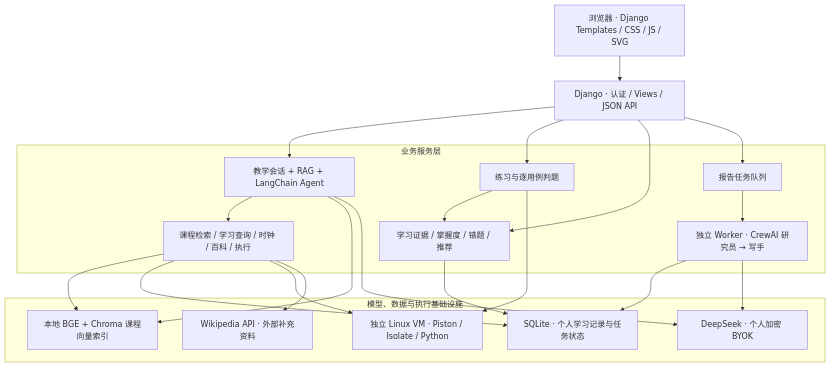
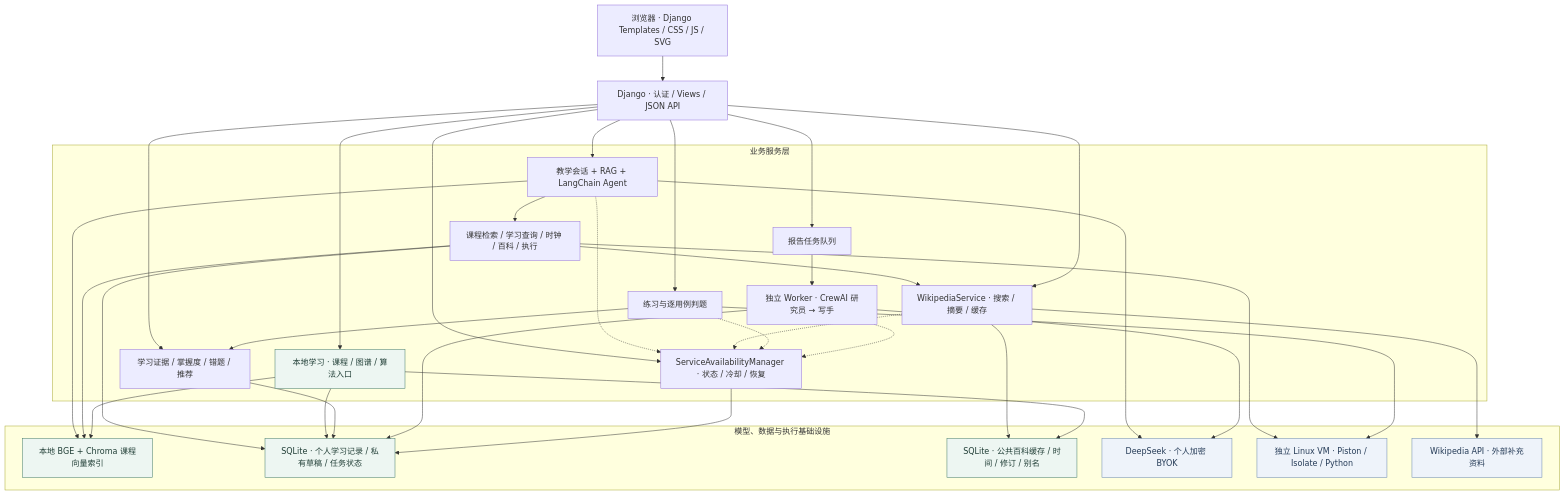
Before and after one commit to Oookla28/AlgoMentor: the diagram in README.md, drawn with Mermaid. The commit also changed other lines of this file, not shown here.

Commit message:
docs: align README with Wikipedia and offline learning release

````diff
--- a/README.md
+++ b/README.md
@@ -239,42 +251,64 @@
 ```mermaid
 flowchart TB
     UI["浏览器 · Django Templates / CSS / JS / SVG"]
     WEB["Django · 认证 / Views / JSON API"]
     UI --> WEB
 
     subgraph APP["业务服务层"]
         TUTOR["教学会话 + RAG + LangChain Agent"]
         TOOLS["课程检索 / 学习查询 / 时钟 / 百科 / 执行"]
         JUDGE["练习与逐用例判题"]
         LEARN["学习证据 / 掌握度 / 错题 / 推荐"]
         QUEUE["报告任务队列"]
         CREW["独立 Worker · CrewAI 研究员 → 写手"]
+        LOCAL["本地学习 · 课程 / 图谱 / 算法入口"]
+        EXTERNAL["WikipediaService · 搜索 / 摘要 / 缓存"]
+        STATUS["ServiceAvailabilityManager · 状态 / 冷却 / 恢复"]
     end
 
     WEB --> TUTOR
     WEB --> JUDGE
     WEB --> LEARN
     WEB --> QUEUE
+    WEB --> LOCAL
+    WEB --> STATUS
     TUTOR --> TOOLS
     JUDGE --> LEARN
     QUEUE --> CREW
 
     subgraph INFRA["模型、数据与执行基础设施"]
         RAG["本地 BGE + Chroma 课程向量索引"]
-        SQL["SQLite · 个人学习记录与任务状态"]
+        SQL["SQLite · 个人学习记录 / 私有草稿 / 任务状态"]
+        CACHE["SQLite · 公共百科缓存 / 时间 / 修订 / 别名"]
         LLM["DeepSeek · 个人加密 BYOK"]
         EXEC["独立 Linux VM · Piston / Isolate / Python"]
         WIKI["Wikipedia API · 外部补充资料"]
     end
 
     TUTOR --> RAG
     TUTOR --> LLM
     TOOLS --> RAG
     TOOLS --> SQL
     TOOLS --> EXEC
-    TOOLS --> WIKI
+    TOOLS --> EXTERNAL
+    WEB --> EXTERNAL
+    EXTERNAL --> WIKI
+    EXTERNAL --> CACHE
+    LOCAL --> RAG
+    LOCAL --> CACHE
+    LOCAL --> SQL
     JUDGE --> EXEC
     LEARN --> SQL
     CREW --> SQL
     CREW --> LLM
+    TUTOR -.-> STATUS
+    EXTERNAL -.-> STATUS
+    JUDGE -.-> STATUS
+    CREW -.-> STATUS
+    STATUS --> SQL
+
+    classDef local fill:#edf6f2,stroke:#427a69,color:#203e36
+    classDef external fill:#eef3fa,stroke:#6886ad,color:#263c58
+    class LOCAL,RAG,SQL,CACHE local
+    class LLM,WIKI,EXEC external
 ```
````
